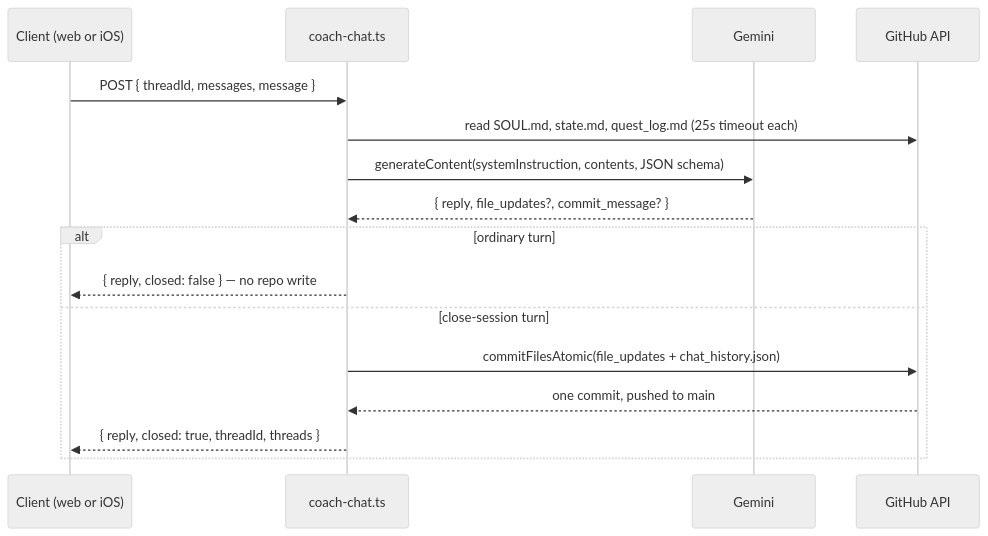
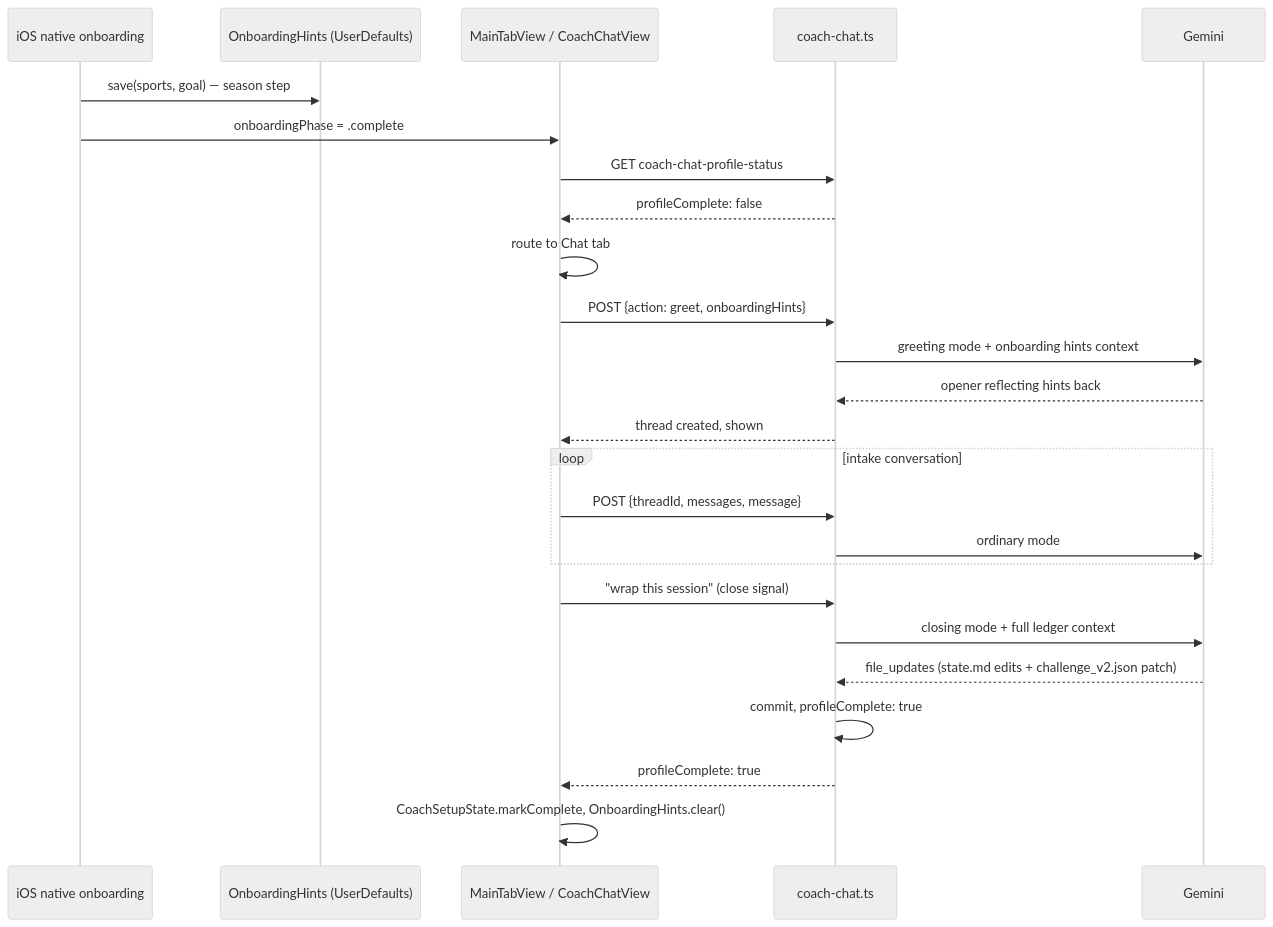
Before and after one commit to sibling-shipyard/coach-hq: the fourth of 4 diagrams in docs/eng-docs/coach-chat-flow.md, drawn with Mermaid (neutral theme). The commit also changed other lines of this file, not shown here.

First line of the commit message:
docs: rewrite coach-chat-flow.md for the redesigned architecture

````diff
--- a/docs/eng-docs/coach-chat-flow.md
+++ b/docs/eng-docs/coach-chat-flow.md
@@ -39,18 +191,27 @@
 ```mermaid
 sequenceDiagram
-    participant C as Client (web or iOS)
-    participant A as coach-chat.ts
-    participant G as Gemini
-    participant GH as GitHub API
-    C->>A: POST { threadId, messages, message }
-    A->>GH: read SOUL.md, state.md, quest_log.md (25s timeout each)
-    A->>G: generateContent(systemInstruction, contents, JSON schema)
-    G-->>A: { reply, file_updates?, commit_message? }
-    alt ordinary turn
-        A-->>C: { reply, closed: false } — no repo write
-    else close-session turn
-        A->>GH: commitFilesAtomic(file_updates + chat_history.json)
-        GH-->>A: one commit, pushed to main
-        A-->>C: { reply, closed: true, threadId, threads }
+    participant Native as iOS native onboarding
+    participant Hints as OnboardingHints (UserDefaults)
+    participant App as MainTabView / CoachChatView
+    participant Server as coach-chat.ts
+    participant Gemini
+    Native->>Hints: save(sports, goal) — season step
+    Native->>App: onboardingPhase = .complete
+    App->>Server: GET coach-chat-profile-status
+    Server-->>App: profileComplete: false
+    App->>App: route to Chat tab
+    App->>Server: POST {action: greet, onboardingHints}
+    Server->>Gemini: greeting mode + onboarding hints context
+    Gemini-->>Server: opener reflecting hints back
+    Server-->>App: thread created, shown
+    loop intake conversation
+        App->>Server: POST {threadId, messages, message}
+        Server->>Gemini: ordinary mode
     end
+    App->>Server: "wrap this session" (close signal)
+    Server->>Gemini: closing mode + full ledger context
+    Gemini-->>Server: file_updates (state.md edits + challenge_v2.json patch)
+    Server->>Server: commit, profileComplete: true
+    Server-->>App: profileComplete: true
+    App->>App: CoachSetupState.markComplete, OnboardingHints.clear()
 ```
````
